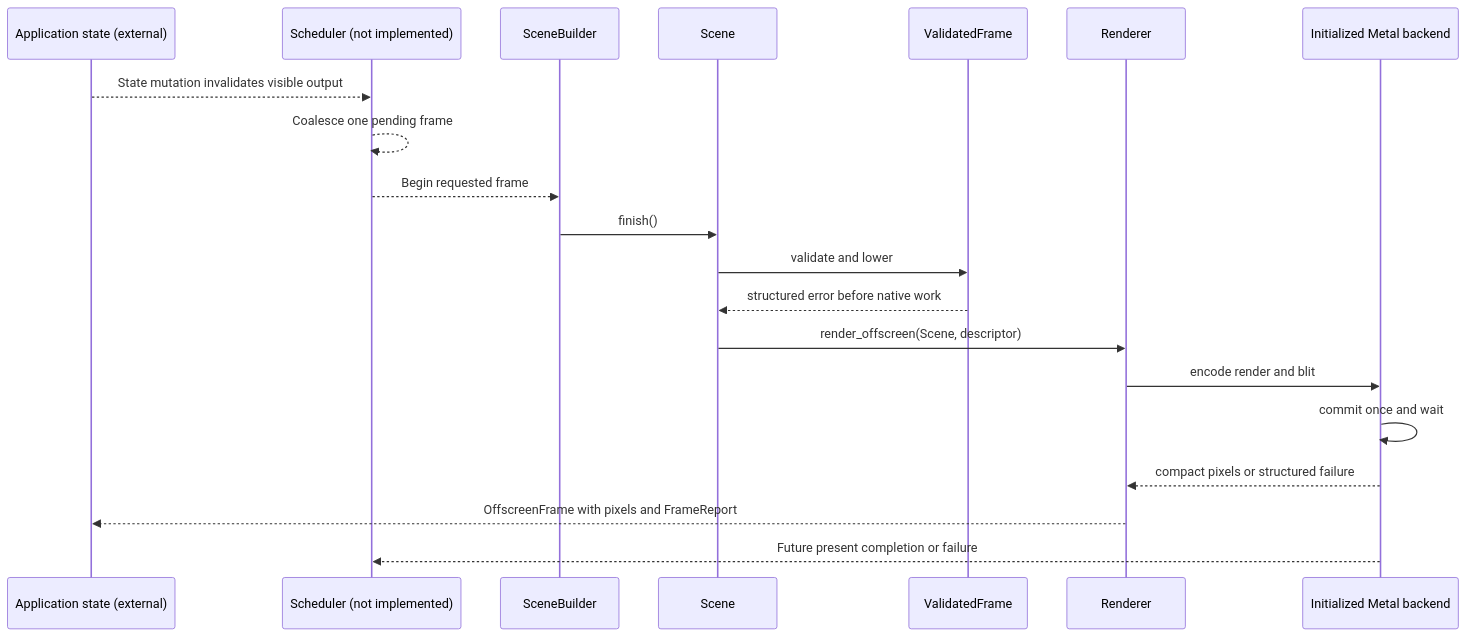
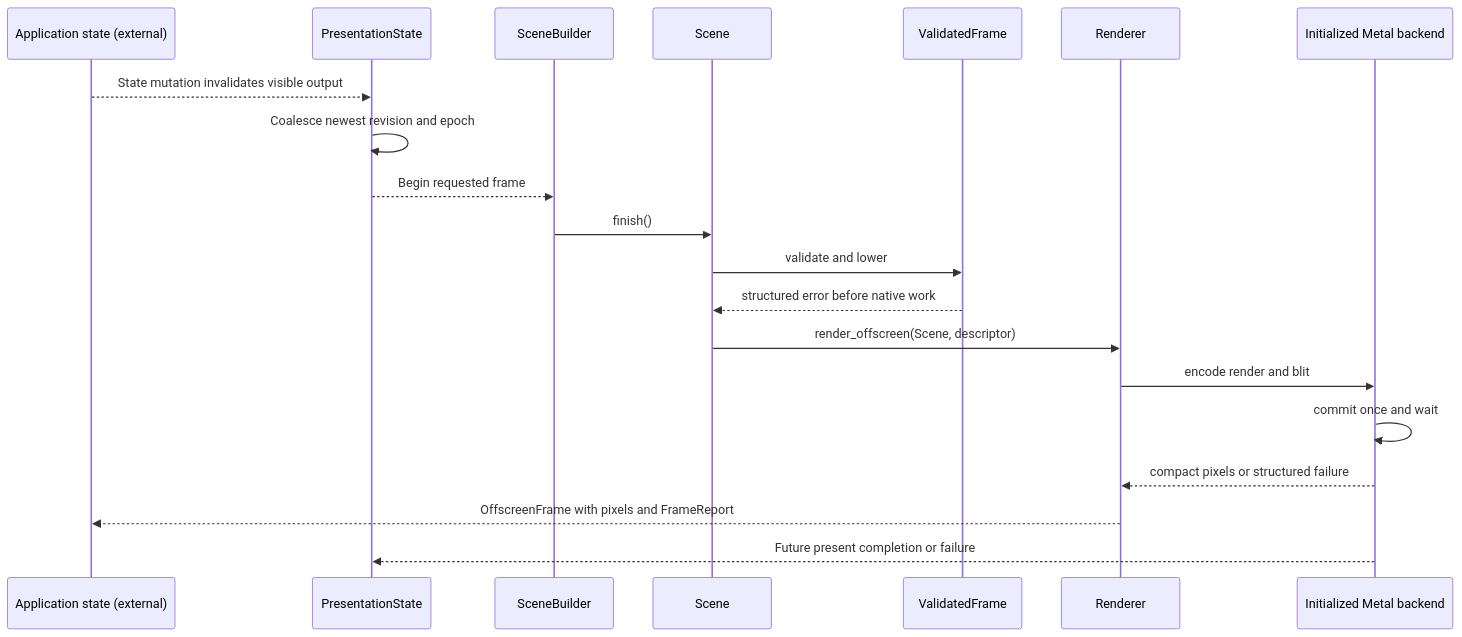
One commit to dbuddha/alpine-gpui changed the third of 7 diagrams in ARCHITECTURE.md. Above: the diagram before and after it, drawn with Mermaid. The commit also changed other lines of this file and 10 other files, not shown here.

````diff
--- a/ARCHITECTURE.md
+++ b/ARCHITECTURE.md
@@ -148,23 +165,23 @@
 ```mermaid
 sequenceDiagram
     participant App as Application state (external)
-    participant Scheduler as Scheduler (not implemented)
+    participant Scheduler as PresentationState
     participant Builder as SceneBuilder
     participant Scene
     participant Plan as ValidatedFrame
     participant Renderer
     participant Backend as Initialized Metal backend
 
     App-->>Scheduler: State mutation invalidates visible output
-    Scheduler-->>Scheduler: Coalesce one pending frame
+    Scheduler->>Scheduler: Coalesce newest revision and epoch
     Scheduler-->>Builder: Begin requested frame
     Builder->>Scene: finish()
     Scene->>Plan: validate and lower
     Plan-->>Scene: structured error before native work
     Scene->>Renderer: render_offscreen(Scene, descriptor)
     Renderer->>Backend: encode render and blit
     Backend->>Backend: commit once and wait
     Backend-->>Renderer: compact pixels or structured failure
     Renderer-->>App: OffscreenFrame with pixels and FrameReport
     Backend-->>Scheduler: Future present completion or failure
 ```
````
